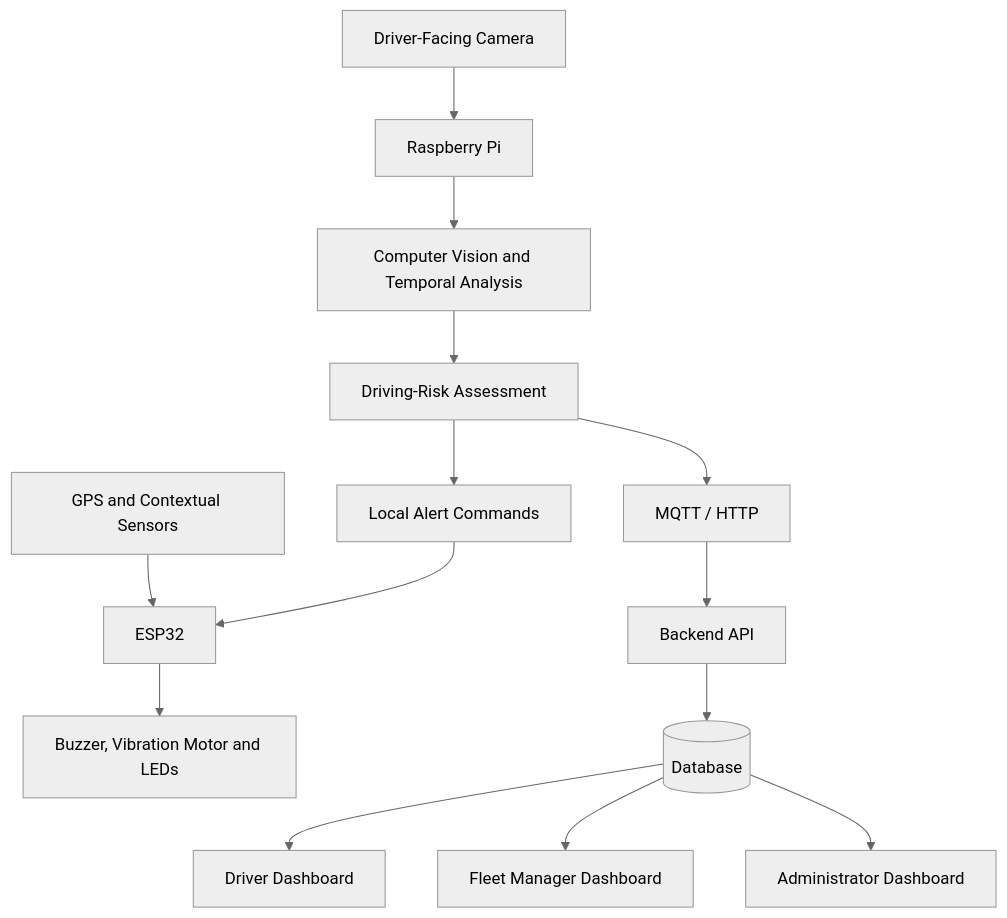
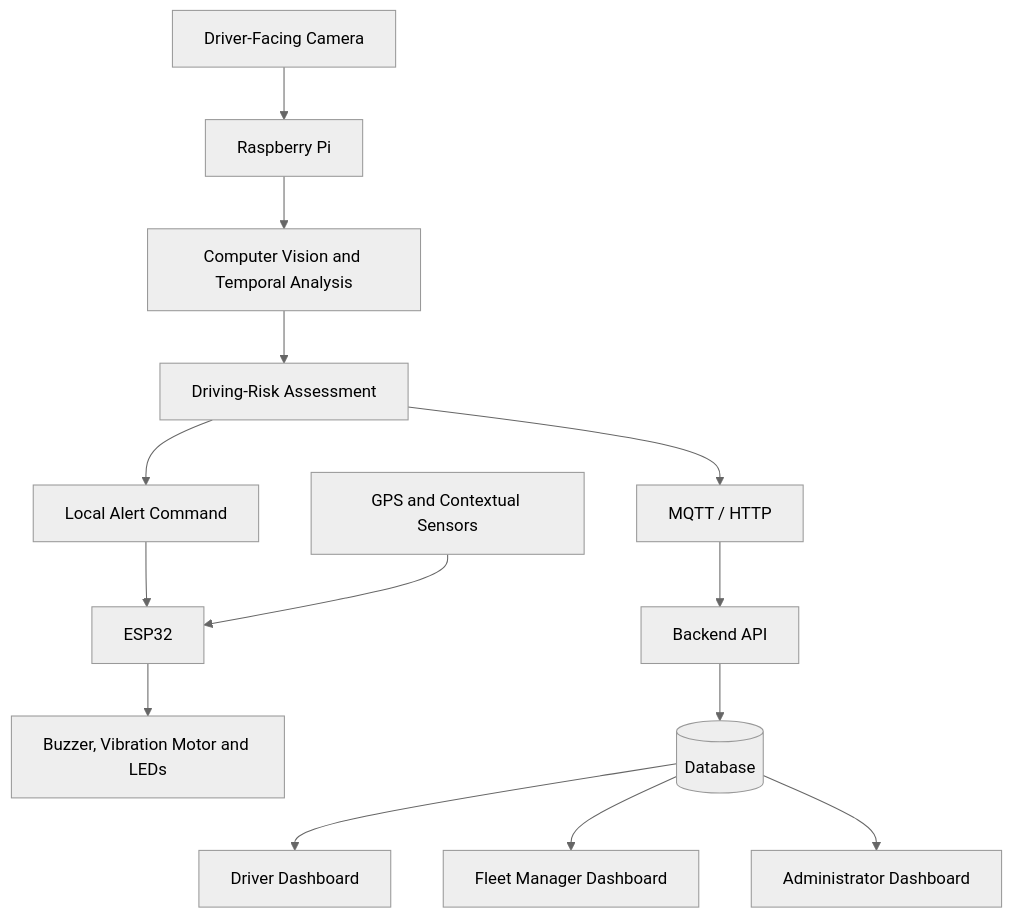
Before and after one commit to cepdnaclk/e22-3yp-RoadEye: the diagram in docs/index.md, drawn with Mermaid (neutral theme). The commit also changed other lines of this file, not shown here.

````diff
--- a/docs/index.md
+++ b/docs/index.md
@@ -57,16 +56,16 @@
 ```mermaid
 flowchart TD
     A[Driver-Facing Camera] --> B[Raspberry Pi]
-    C[GPS and Contextual Sensors] --> D[ESP32]
-    B --> E[Computer Vision and Temporal Analysis]
-    E --> F[Driving-Risk Assessment]
-    F --> G[Local Alert Commands]
-    G --> D
-    D --> H[Buzzer, Vibration Motor and LEDs]
-    F --> I[MQTT / HTTP]
+    B --> C[Computer Vision and Temporal Analysis]
+    C --> D[Driving-Risk Assessment]
+    D --> E[Local Alert Command]
+    E --> F[ESP32]
+    G[GPS and Contextual Sensors] --> F
+    F --> H[Buzzer, Vibration Motor and LEDs]
+    D --> I[MQTT / HTTP]
     I --> J[Backend API]
     J --> K[(Database)]
     K --> L[Driver Dashboard]
     K --> M[Fleet Manager Dashboard]
     K --> N[Administrator Dashboard]
 ```
````
